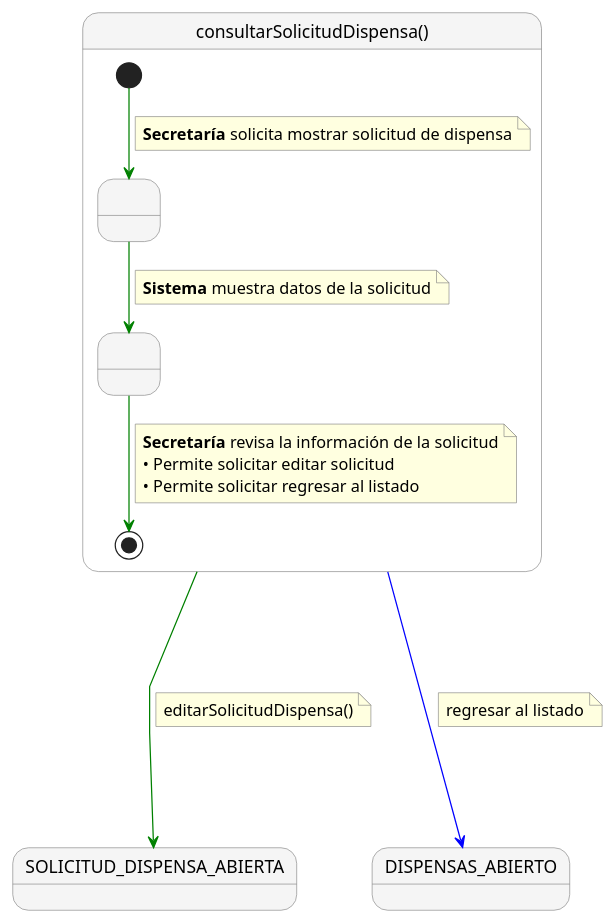
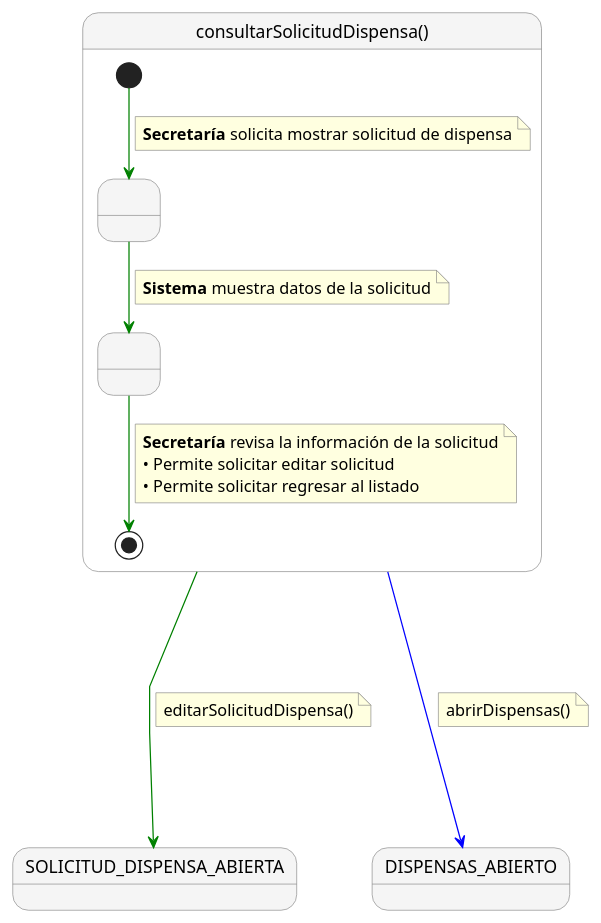
The diagram in documents/CasosDeUso/DetalladoCasosDeUso/Secretaria/consultarSolicitudDispensa.puml (enmabry/25-26-IdSw1-SdR), drawn with PlantUML before and after one commit. The commit also changed 18 other files, not shown here.

```diff
--- a/documents/CasosDeUso/DetalladoCasosDeUso/Secretaria/consultarSolicitudDispensa.puml
+++ b/documents/CasosDeUso/DetalladoCasosDeUso/Secretaria/consultarSolicitudDispensa.puml
@@ -1,45 +1,45 @@
 @startuml
 skinparam nodesep 60
 skinparam ranksep 60
 skinparam linetype polyline
 skinparam NoteBackgroundColor lightyellow
 skinparam NoteBorderColor gray
 skinparam StateBackgroundColor #F5F5F5
 skinparam StateBorderColor gray
 
 state "consultarSolicitudDispensa()" as consultarSolicitudDispensa {
    
     state " " as Paso1
     state " " as Paso2
    
     [*] -[#green]-> Paso1
     note on link
       <b>Secretaría</b> solicita mostrar solicitud de dispensa
     end note
    
     Paso1 -[#green]-> Paso2
     note on link
       <b>Sistema</b> muestra datos de la solicitud
     end note
    
     Paso2 -[#green]-> [*]
     note on link
       <b>Secretaría</b> revisa la información de la solicitud
       • Permite solicitar editar solicitud
       • Permite solicitar regresar al listado
     end note
 }
 
 state "SOLICITUD_DISPENSA_ABIERTA" as SOLICITUD_DISPENSA_ABIERTA
 state "DISPENSAS_ABIERTO" as DISPENSAS_ABIERTO
 
 consultarSolicitudDispensa -[#green]---> SOLICITUD_DISPENSA_ABIERTA
 note right on link
   editarSolicitudDispensa()
 end note
 
 consultarSolicitudDispensa -[#blue]---> DISPENSAS_ABIERTO
 note right on link
-  regresar al listado
+  abrirDispensas()
 end note
 @enduml
```
